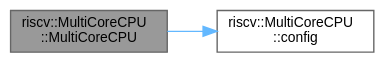
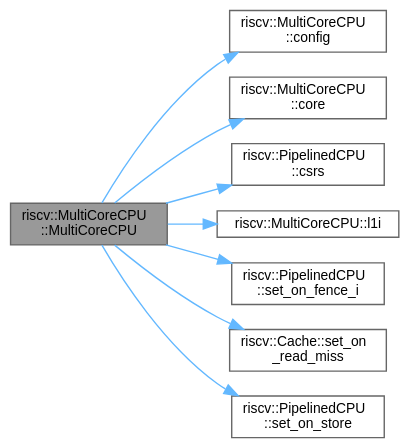
One commit to danstr0/riscv-uArch-engine changed the diagram in api/classriscv_1_1MultiCoreCPU_a69263b775059b963523849ec3542484e_cgraph.dot. Above: the diagram before and after it, drawn with Graphviz. The commit also changed 202 other files, not shown here.

```diff
--- a/api/classriscv_1_1MultiCoreCPU_a69263b775059b963523849ec3542484e_cgraph.dot
+++ b/api/classriscv_1_1MultiCoreCPU_a69263b775059b963523849ec3542484e_cgraph.dot
@@ -1,11 +1,23 @@
 digraph "riscv::MultiCoreCPU::MultiCoreCPU"
 {
  // LATEX_PDF_SIZE
   bgcolor="transparent";
   edge [fontname=Helvetica,fontsize=10,labelfontname=Helvetica,labelfontsize=10];
   node [fontname=Helvetica,fontsize=10,shape=box,height=0.2,width=0.4];
   rankdir="LR";
   Node1 [id="Node000001",label="riscv::MultiCoreCPU\l::MultiCoreCPU",height=0.2,width=0.4,color="gray40", fillcolor="grey60", style="filled", fontcolor="black",tooltip=" "];
   Node1 -> Node2 [id="edge1_Node000001_Node000002",color="steelblue1",style="solid",tooltip=" "];
   Node2 [id="Node000002",label="riscv::MultiCoreCPU\l::config",height=0.2,width=0.4,color="grey40", fillcolor="white", style="filled",URL="$classriscv_1_1MultiCoreCPU.html#abc0dfa4b4a57175bf9d279dcd9a4521c",tooltip=" "];
+  Node1 -> Node3 [id="edge2_Node000001_Node000003",color="steelblue1",style="solid",tooltip=" "];
+  Node3 [id="Node000003",label="riscv::MultiCoreCPU\l::core",height=0.2,width=0.4,color="grey40", fillcolor="white", style="filled",URL="$classriscv_1_1MultiCoreCPU.html#a70afdef2b59510bffaf2654721d479b5",tooltip=" "];
+  Node1 -> Node4 [id="edge3_Node000001_Node000004",color="steelblue1",style="solid",tooltip=" "];
+  Node4 [id="Node000004",label="riscv::PipelinedCPU\l::csrs",height=0.2,width=0.4,color="grey40", fillcolor="white", style="filled",URL="$classriscv_1_1PipelinedCPU.html#a2a50999a28b76d8c06adcb5c14c55bb3",tooltip=" "];
+  Node1 -> Node5 [id="edge4_Node000001_Node000005",color="steelblue1",style="solid",tooltip=" "];
+  Node5 [id="Node000005",label="riscv::MultiCoreCPU::l1i",height=0.2,width=0.4,color="grey40", fillcolor="white", style="filled",URL="$classriscv_1_1MultiCoreCPU.html#a5c249bfd703588dd41256484d0f2e4fa",tooltip=" "];
+  Node1 -> Node6 [id="edge5_Node000001_Node000006",color="steelblue1",style="solid",tooltip=" "];
+  Node6 [id="Node000006",label="riscv::PipelinedCPU\l::set_on_fence_i",height=0.2,width=0.4,color="grey40", fillcolor="white", style="filled",URL="$classriscv_1_1PipelinedCPU.html#a39d04e104f654547d90284151847e16f",tooltip="Register the action taken by fence.i (invalidate this hart's I-cache)."];
+  Node1 -> Node7 [id="edge6_Node000001_Node000007",color="steelblue1",style="solid",tooltip=" "];
+  Node7 [id="Node000007",label="riscv::Cache::set_on\l_read_miss",height=0.2,width=0.4,color="grey40", fillcolor="white", style="filled",URL="$classriscv_1_1Cache.html#a5f5d2411d14e4262587c2f1f2d0a4030",tooltip=" "];
+  Node1 -> Node8 [id="edge7_Node000001_Node000008",color="steelblue1",style="solid",tooltip=" "];
+  Node8 [id="Node000008",label="riscv::PipelinedCPU\l::set_on_store",height=0.2,width=0.4,color="grey40", fillcolor="white", style="filled",URL="$classriscv_1_1PipelinedCPU.html#a799df963953c50f3b8316ed4871697f2",tooltip=" "];
 }
```
